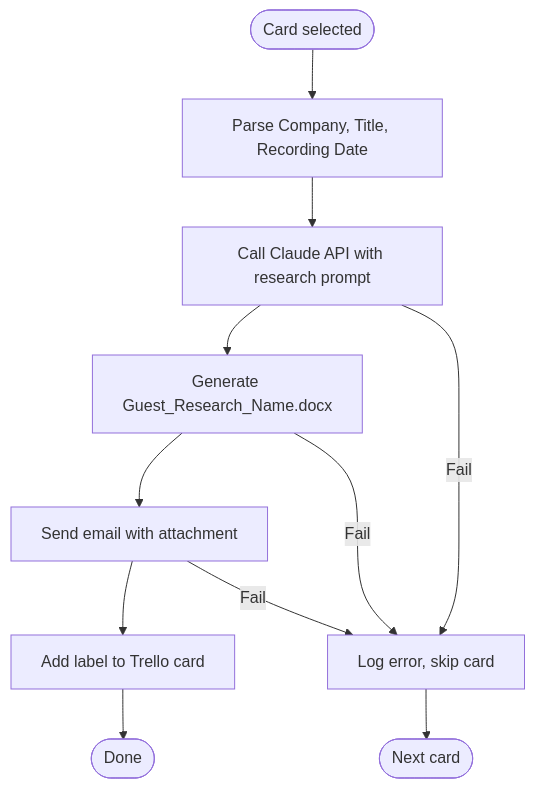
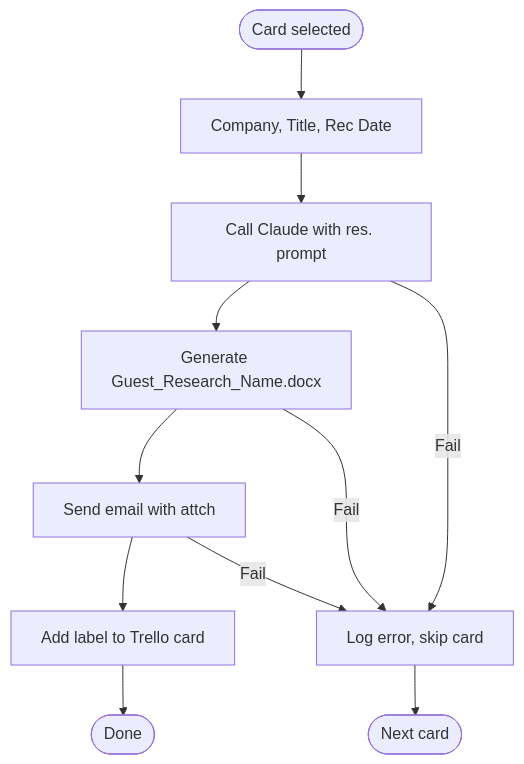
Before and after one commit to 8thRev/The-Dime-Podcast-: the second of 3 diagrams in README.md, drawn with Mermaid. The commit also changed other lines of this file and 2 other files, not shown here.

````diff
--- a/README.md
+++ b/README.md
@@ -25,13 +25,13 @@
 ```mermaid
 flowchart TD
-  Start([Card selected]) --> Parse[Parse Company, Title, Recording Date]
-  Parse --> Claude[Call Claude API with research prompt]
+  Start([Card selected]) --> Parse[Company, Title, Rec Date]
+  Parse --> Claude[Call Claude with res. prompt]
   Claude --> Doc[Generate Guest_Research_Name.docx]
-  Doc --> Email[Send email with attachment]
+  Doc --> Email[Send email with attch]
   Email --> Label[Add label to Trello card]
   Label --> Done([Done])
   Claude -->|Fail| Skip[Log error, skip card]
   Doc -->|Fail| Skip
   Email -->|Fail| Skip
   Skip --> Next([Next card])
 ```
````
